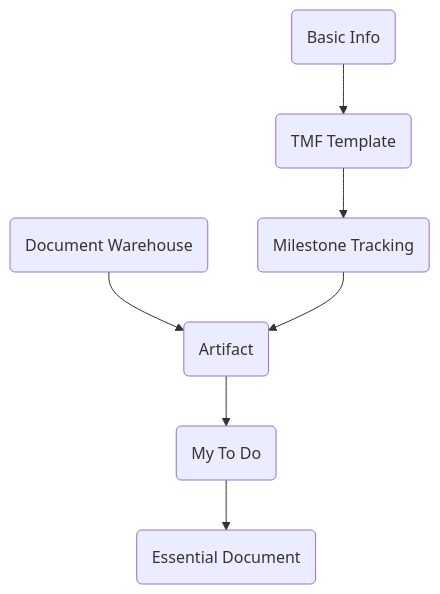
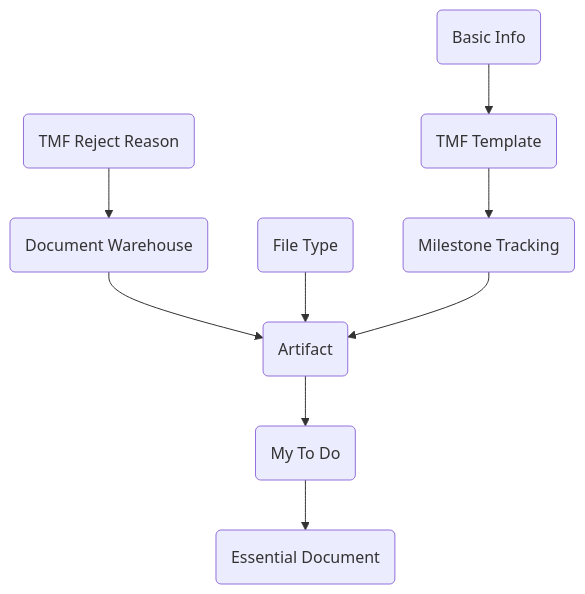
Before and after one commit to thcpc/eclinical_knowledge_lib: the diagram in 知识库/业务系统/CTMS/TMF/1 TMF Function Instruction.md, drawn with Mermaid. The commit also changed other lines of this file and 7 other files, not shown here.

````diff
--- a/知识库/业务系统/CTMS/TMF/1 TMF Function Instruction.md
+++ b/知识库/业务系统/CTMS/TMF/1 TMF Function Instruction.md
@@ -29,9 +35,11 @@
 ```mermaid
 graph TD
 A(Basic Info) --> B(TMF Template)
 B --> C(Milestone Tracking)
+H(TMF Reject Reason) --> G(Document Warehouse)
 G(Document Warehouse) --> D(Artifact)
+I(File Type) --> D(Artifact)
 C --> D(Artifact)
 D --> E(My To Do)
 E --> F(Essential Document)
 ```
````
